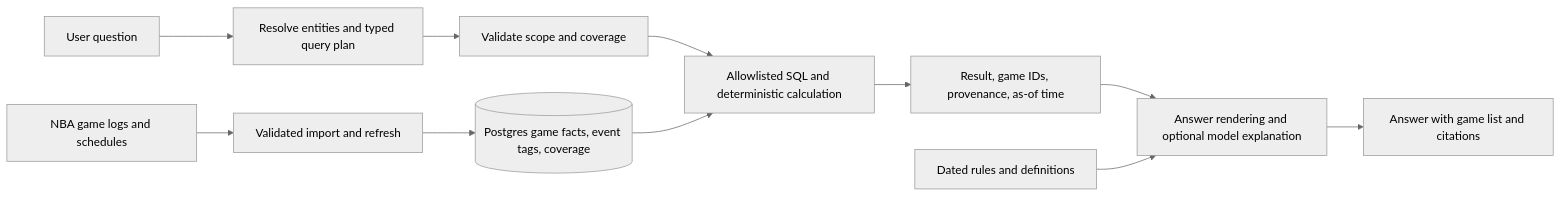
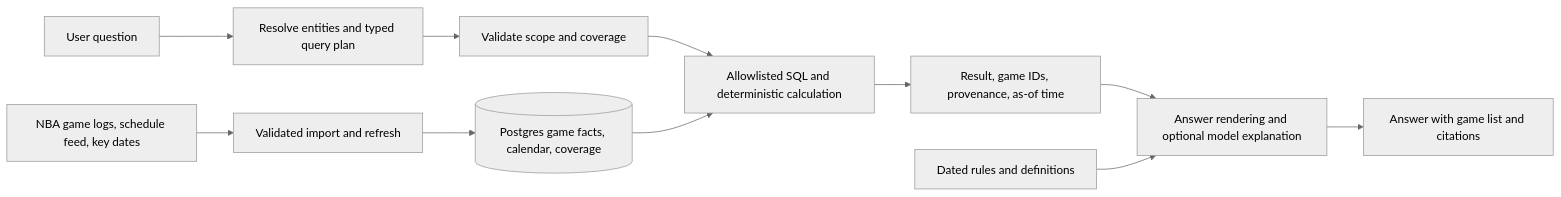
Before and after one commit to yomnegede/StatLine: the diagram in docs/STAT_QUERY_ARCHITECTURE.md, drawn with Mermaid (neutral theme). The commit also changed other lines of this file and 1 other file, not shown here.

Commit message:
Plan NBA calendar ingestion and event-aware queries

````diff
--- a/docs/STAT_QUERY_ARCHITECTURE.md
+++ b/docs/STAT_QUERY_ARCHITECTURE.md
@@ -71,13 +90,13 @@
 ```mermaid
 flowchart LR
-  NBA[NBA game logs and schedules] --> Sync[Validated import and refresh]
-  Sync --> DB[(Postgres game facts, event tags, coverage)]
+  NBA[NBA game logs, schedule feed, key dates] --> Sync[Validated import and refresh]
+  Sync --> DB[(Postgres game facts, calendar, coverage)]
   Q[User question] --> Plan[Resolve entities and typed query plan]
   Plan --> Check[Validate scope and coverage]
   Check --> Calc[Allowlisted SQL and deterministic calculation]
   DB --> Calc
   Calc --> Result[Result, game IDs, provenance, as-of time]
   Result --> Explain[Answer rendering and optional model explanation]
   Docs[Dated rules and definitions] --> Explain
   Explain --> UI[Answer with game list and citations]
 ```
````
